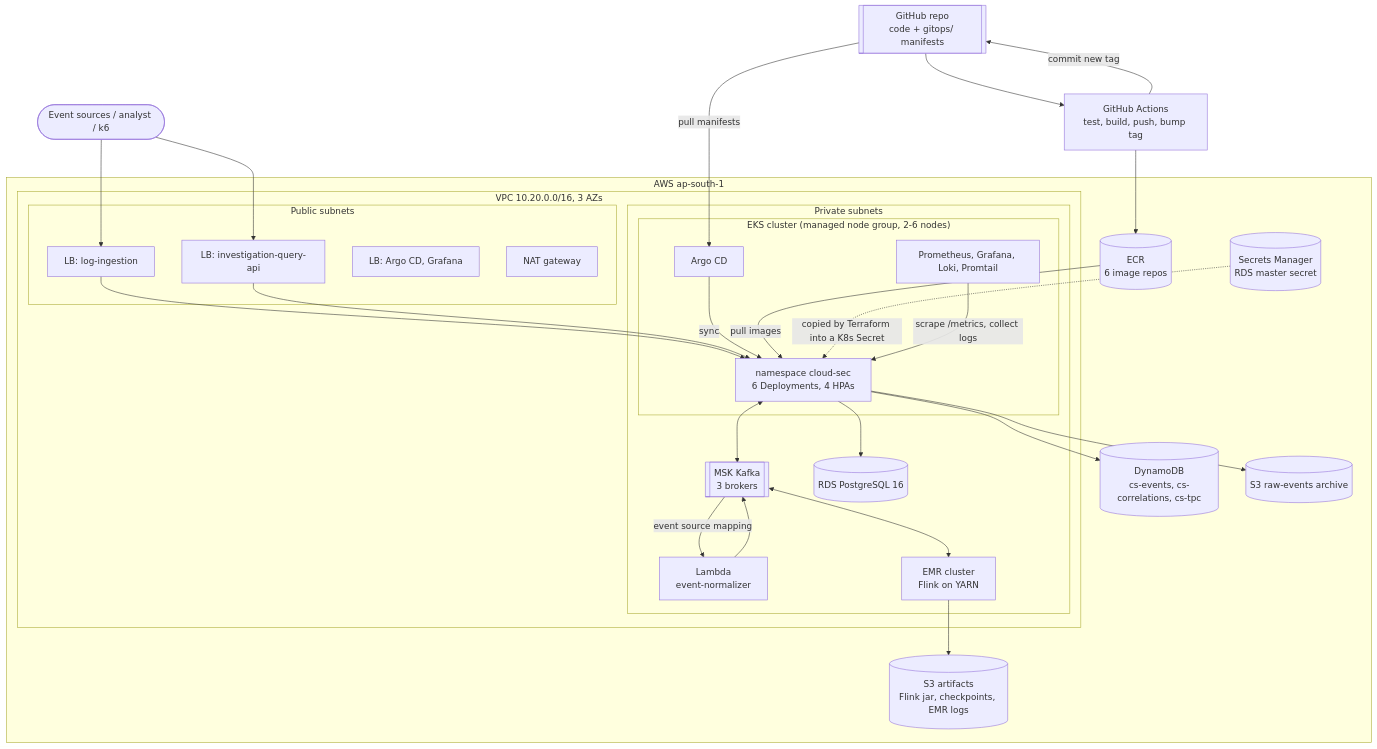
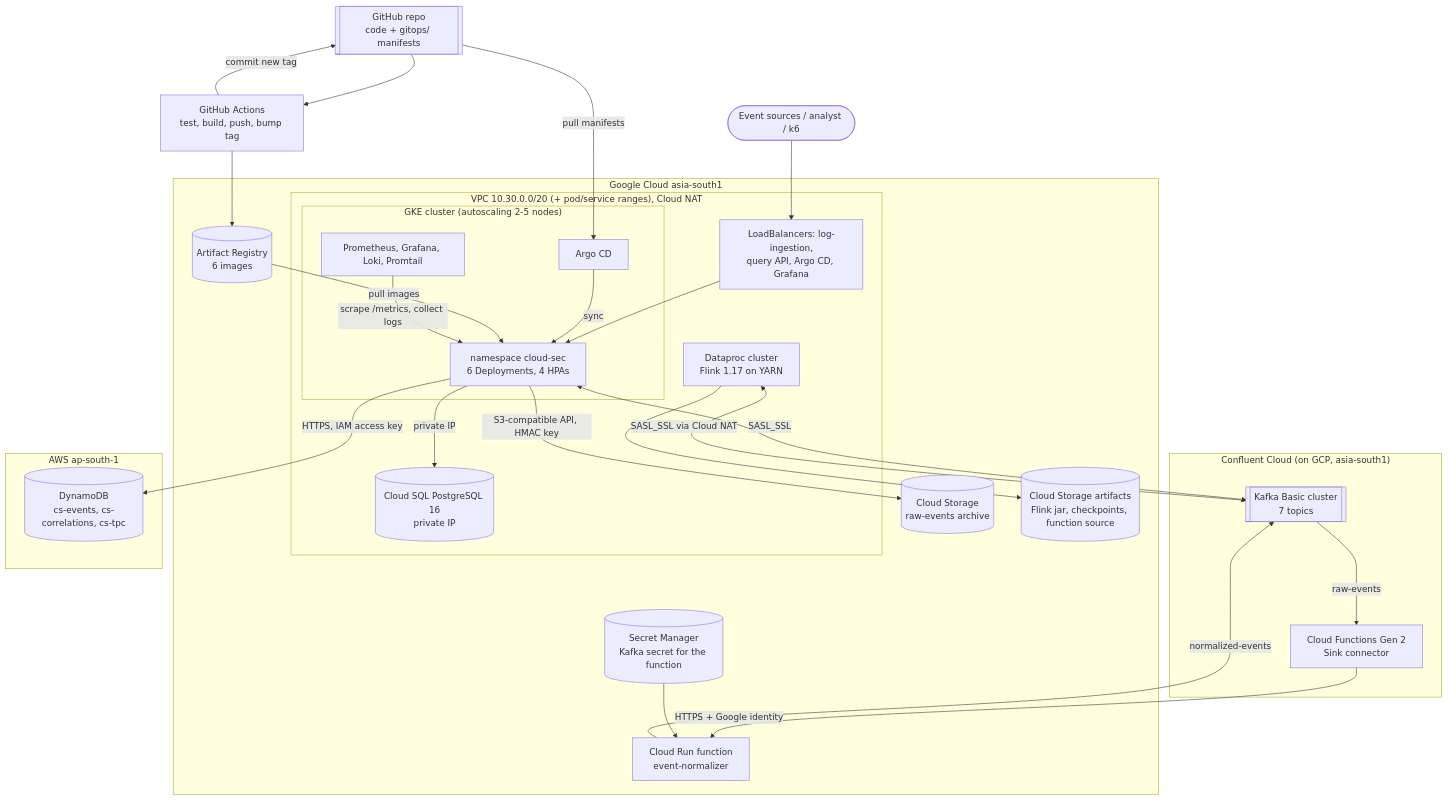
One commit to Cloud-Lab-Assignment/Cloud-Security-Ingester changed the first of 3 diagrams in docs/design/DESIGN.md. Above: the diagram before and after it, drawn with Mermaid. The commit also changed other lines of this file and 63 other files, not shown here.

First line of the commit message:
Move compute to Google Cloud and Kafka to Confluent Cloud

````diff
--- a/docs/design/DESIGN.md
+++ b/docs/design/DESIGN.md
@@ -39,49 +43,49 @@
 ```mermaid
 flowchart TB
   user(["Event sources / analyst / k6"])
   gh[["GitHub repo<br/>code + gitops/ manifests"]]
   ci["GitHub Actions<br/>test, build, push, bump tag"]
 
-  subgraph aws["AWS ap-south-1"]
-    ecr[("ECR<br/>6 image repos")]
-    subgraph vpc["VPC 10.20.0.0/16, 3 AZs"]
-      subgraph pub["Public subnets"]
-        lb1["LB: log-ingestion"]
-        lb2["LB: investigation-query-api"]
-        lb3["LB: Argo CD, Grafana"]
-        nat["NAT gateway"]
+  subgraph gcp["Google Cloud asia-south1"]
+    ar[("Artifact Registry<br/>6 images")]
+    subgraph vpc["VPC 10.30.0.0/20 (+ pod/service ranges), Cloud NAT"]
+      lb["LoadBalancers: log-ingestion,<br/>query API, Argo CD, Grafana"]
+      subgraph gke["GKE cluster (autoscaling 2-5 nodes)"]
+        apps["namespace cloud-sec<br/>6 Deployments, 4 HPAs"]
+        argo["Argo CD"]
+        obs["Prometheus, Grafana, Loki, Promtail"]
       end
-      subgraph priv["Private subnets"]
-        subgraph eks["EKS cluster (managed node group, 2-6 nodes)"]
-          apps["namespace cloud-sec<br/>6 Deployments, 4 HPAs"]
-          argo["Argo CD"]
-          obs["Prometheus, Grafana, Loki, Promtail"]
-        end
-        msk[["MSK Kafka<br/>3 brokers"]]
-        lambda["Lambda<br/>event-normalizer"]
-        emr["EMR cluster<br/>Flink on YARN"]
-        rds[("RDS PostgreSQL 16")]
-      end
+      dp["Dataproc cluster<br/>Flink 1.17 on YARN"]
+      sql[("Cloud SQL PostgreSQL 16<br/>private IP")]
     end
-    ddb[("DynamoDB<br/>cs-events, cs-correlations, cs-tpc")]
-    s3raw[("S3 raw-events archive")]
-    s3art[("S3 artifacts<br/>Flink jar, checkpoints, EMR logs")]
-    sm[("Secrets Manager<br/>RDS master secret")]
+    fn["Cloud Run function<br/>event-normalizer"]
+    gcsraw[("Cloud Storage<br/>raw-events archive")]
+    gcsart[("Cloud Storage artifacts<br/>Flink jar, checkpoints, function source")]
+    sm[("Secret Manager<br/>Kafka secret for the function")]
   end
 
-  user --> lb1 --> apps
-  user --> lb2 --> apps
-  gh --> ci --> ecr
+  subgraph cc["Confluent Cloud (on GCP, asia-south1)"]
+    kafka[["Kafka Basic cluster<br/>7 topics"]]
+    conn["Cloud Functions Gen 2<br/>Sink connector"]
+  end
+
+  subgraph aws["AWS ap-south-1"]
+    ddb[("DynamoDB<br/>cs-events, cs-correlations, cs-tpc")]
+  end
+
+  user --> lb --> apps
+  gh --> ci --> ar
   ci -- "commit new tag" --> gh
   gh -- "pull manifests" --> argo -- "sync" --> apps
-  ecr -- "pull images" --> apps
-  apps <--> msk
-  msk -- "event source mapping" --> lambda --> msk
-  msk <--> emr
-  emr --> s3art
-  apps --> rds
-  apps --> ddb
-  apps --> s3raw
-  sm -. "copied by Terraform into a K8s Secret" .-> apps
+  ar -- "pull images" --> apps
+  apps <-- "SASL_SSL" --> kafka
+  kafka -- "raw-events" --> conn -- "HTTPS + Google identity" --> fn
+  fn -- "normalized-events" --> kafka
+  sm --> fn
+  dp <-- "SASL_SSL via Cloud NAT" --> kafka
+  dp --> gcsart
+  apps -- "private IP" --> sql
+  apps -- "S3-compatible API, HMAC key" --> gcsraw
+  apps -- "HTTPS, IAM access key" --> ddb
   obs -- "scrape /metrics, collect logs" --> apps
 ```
````
